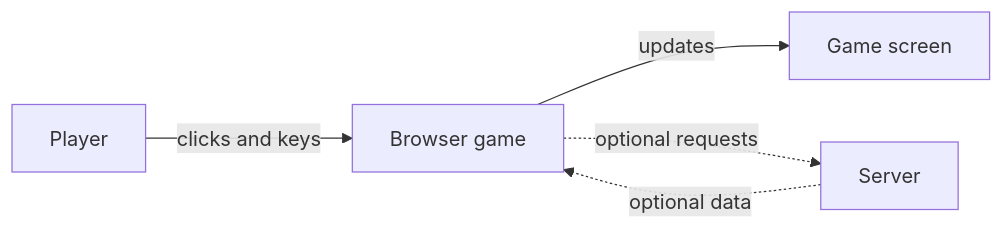
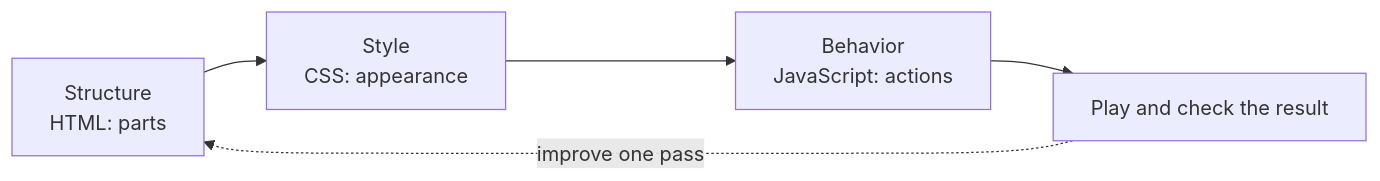
The seventh of 9 diagrams in Quarto_Doc/chapters/01-computer-and-web-basics.qmd (hungfuc/js_game_for_kids), drawn with Mermaid before and after one commit. The commit also changed other lines of this file and 38 other files, not shown here.

````diff
--- a/Quarto_Doc/chapters/01-computer-and-web-basics.qmd
+++ b/Quarto_Doc/chapters/01-computer-and-web-basics.qmd
@@ -389,7 +409,7 @@
 ```{mermaid}
 flowchart LR
-    P[Player] -->|clicks and keys| B[Browser game]
-    B -->|updates| G[Game screen]
-    B -. optional requests .-> S[Server]
-    S -. optional data .-> B
+    S[Structure<br/>HTML: parts] --> T[Style<br/>CSS: appearance]
+    T --> B[Behavior<br/>JavaScript: actions]
+    B --> P[Play and check the result]
+    P -. improve one pass .-> S
 ```
````
